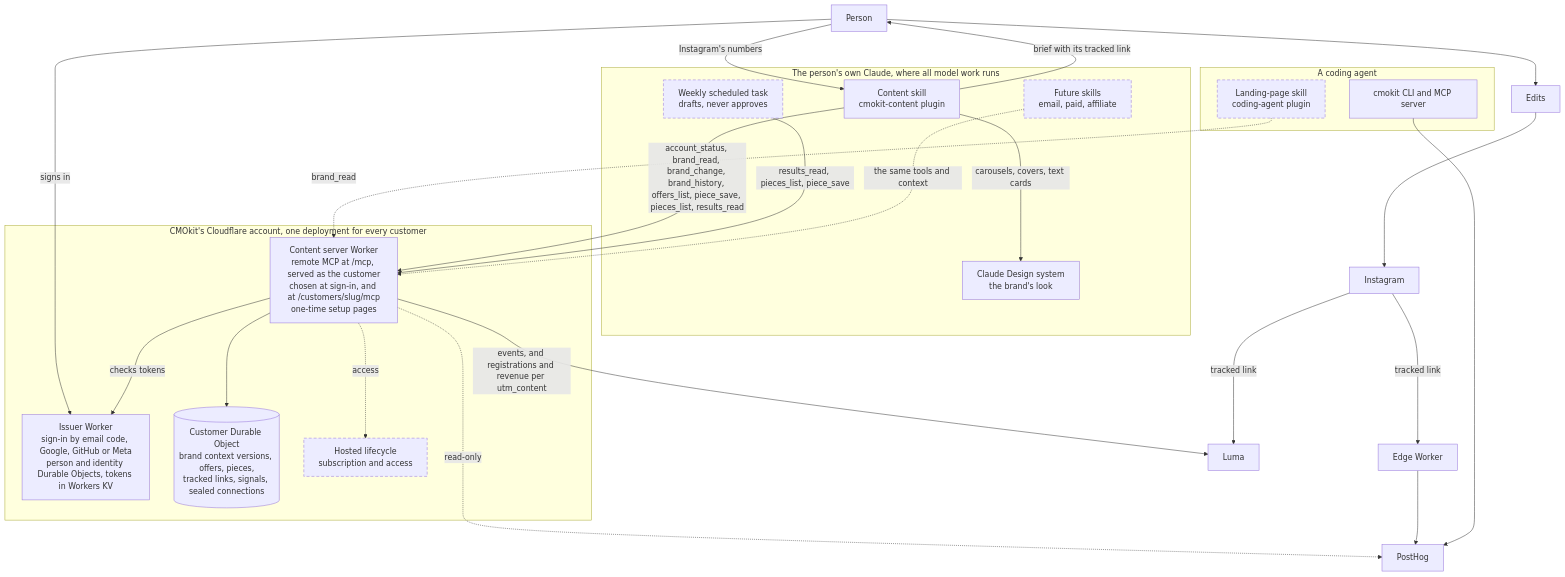
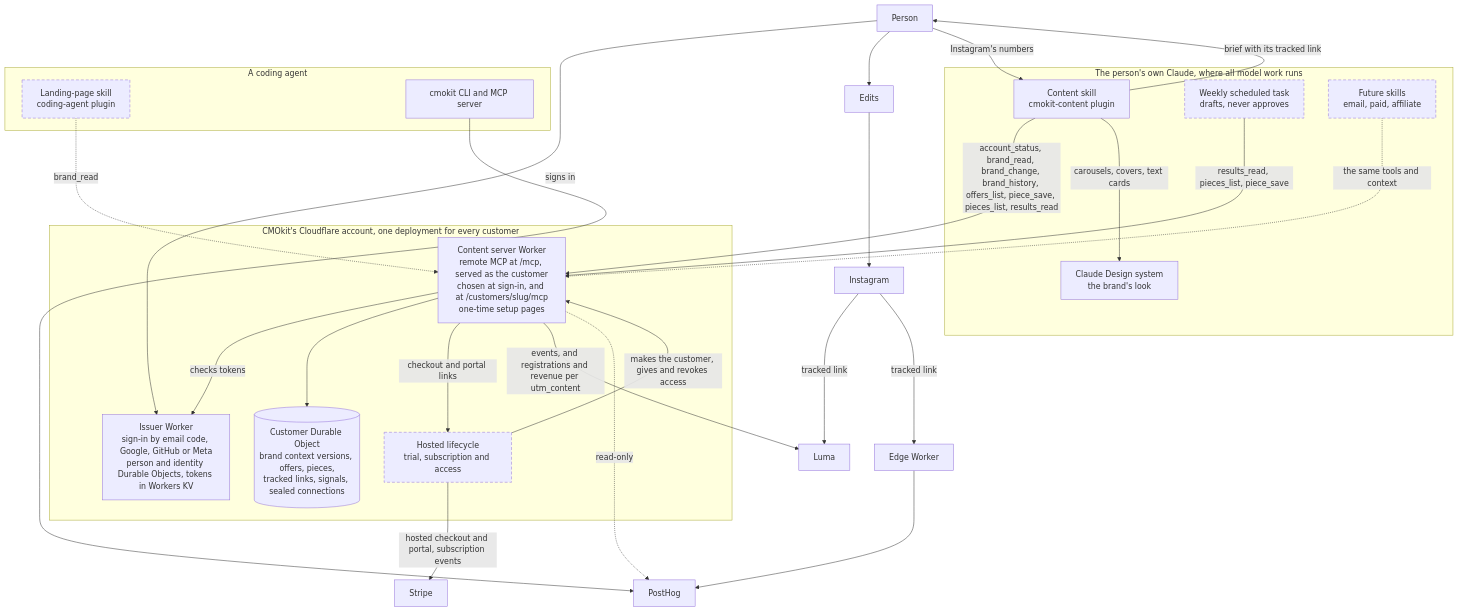
One commit to cmokit/cmokit changed the second of 6 diagrams in docs/explanation/architecture.md. Above: the diagram before and after it, drawn with Mermaid. The commit also changed 29 other files, not shown here.

First line of the commit message:
Provision a customer at checkout and gate its access by subscription (#25)

````diff
--- a/docs/explanation/architecture.md
+++ b/docs/explanation/architecture.md
@@ -65,51 +65,54 @@
 ```mermaid
 flowchart TB
   person["Person"]
 
   subgraph claude["The person's own Claude, where all model work runs"]
     content["Content skill<br/>cmokit-content plugin"]
     task["Weekly scheduled task<br/>drafts, never approves"]
     design["Claude Design system<br/>the brand's look"]
     future["Future skills<br/>email, paid, affiliate"]
   end
 
   subgraph coding["A coding agent"]
     lp["Landing-page skill<br/>coding-agent plugin"]
     cli["cmokit CLI and MCP server"]
   end
 
   subgraph cf["CMOkit's Cloudflare account, one deployment for every customer"]
     issuer["Issuer Worker<br/>sign-in by email code, Google, GitHub or Meta<br/>person and identity Durable Objects, tokens in Workers KV"]
     server["Content server Worker<br/>remote MCP at /mcp, served as the customer<br/>chosen at sign-in, and at /customers/slug/mcp<br/>one-time setup pages"]
     custdo[("Customer Durable Object<br/>brand context versions, offers, pieces,<br/>tracked links, signals, sealed connections")]
-    billing["Hosted lifecycle<br/>subscription and access"]
+    billing["Hosted lifecycle<br/>trial, subscription and access"]
   end
 
   edge["Edge Worker"]
   luma["Luma"]
   posthog["PostHog"]
   edits["Edits"]
   insta["Instagram"]
+  stripe["Stripe"]
 
   person -- "signs in" --> issuer
   content -- "account_status, brand_read, brand_change, brand_history, offers_list, piece_save, pieces_list, results_read" --> server
   task -- "results_read, pieces_list, piece_save" --> server
   lp -. "brand_read" .-> server
   future -. "the same tools and context" .-> server
   server -- "checks tokens" --> issuer
   server --> custdo
-  server -. "access" .-> billing
+  server -- "checkout and portal links" --> billing
+  billing -- "makes the customer, gives and revokes access" --> server
+  billing -- "hosted checkout and portal, subscription events" --> stripe
   server -- "events, and registrations and revenue per utm_content" --> luma
   server -. "read-only" .-> posthog
   content -- "carousels, covers, text cards" --> design
   content -- "brief with its tracked link" --> person
   person --> edits --> insta
   person -- "Instagram's numbers" --> content
   insta -- "tracked link" --> luma
   insta -- "tracked link" --> edge
   edge --> posthog
   cli --> posthog
 
   classDef designed stroke-dasharray:6 4
   class task,lp,billing,future designed
 ```
````
